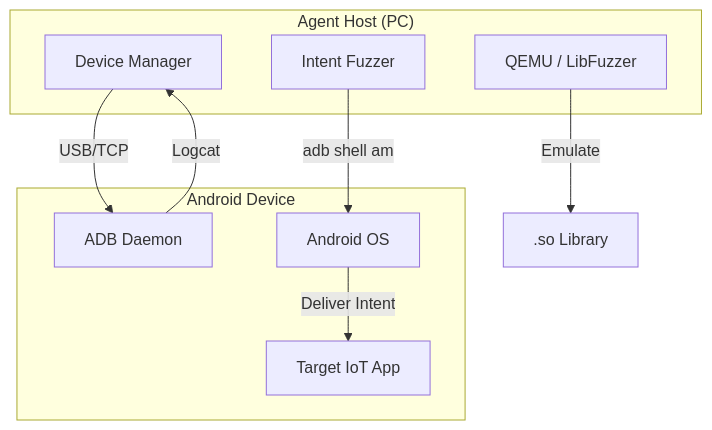
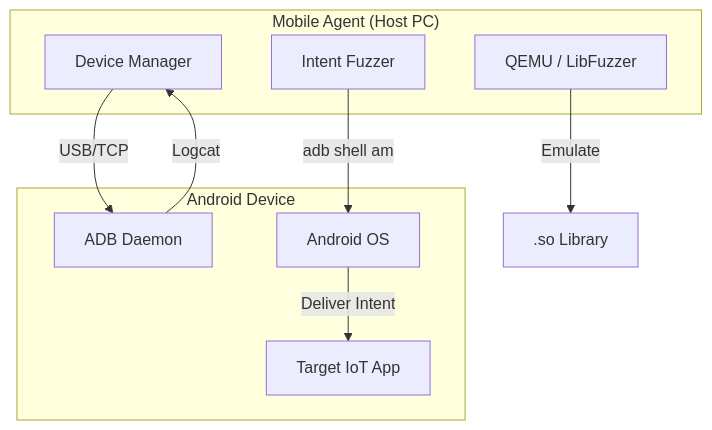
Before and after one commit to Logic70/FuzzFactory-WrightwithAI-: the diagram in docs/design/SF04_AndroidFuzz.md, drawn with Mermaid. The commit also changed 4 other files, not shown here.

Commit message:
Refactor: Align System Context diagrams across HLD and LLD

````diff
--- a/docs/design/SF04_AndroidFuzz.md
+++ b/docs/design/SF04_AndroidFuzz.md
@@ -7,20 +7,20 @@
 ```mermaid
 graph TD
-    subgraph "Agent Host (PC)"
+    subgraph "Mobile Agent (Host PC)"
         Manager[Device Manager]
         IPCFuzzer[Intent Fuzzer]
         NativeFuzzer[QEMU / LibFuzzer]
     end
 
     subgraph "Android Device"
         ADB[ADB Daemon]
         App[Target IoT App]
         System[Android OS]
     end
 
     Manager -->|USB/TCP| ADB
     IPCFuzzer -->|adb shell am| System
     System -->|Deliver Intent| App
     NativeFuzzer -->|Emulate| SoFile[.so Library]
     ADB -->|Logcat| Manager
 ```
````
